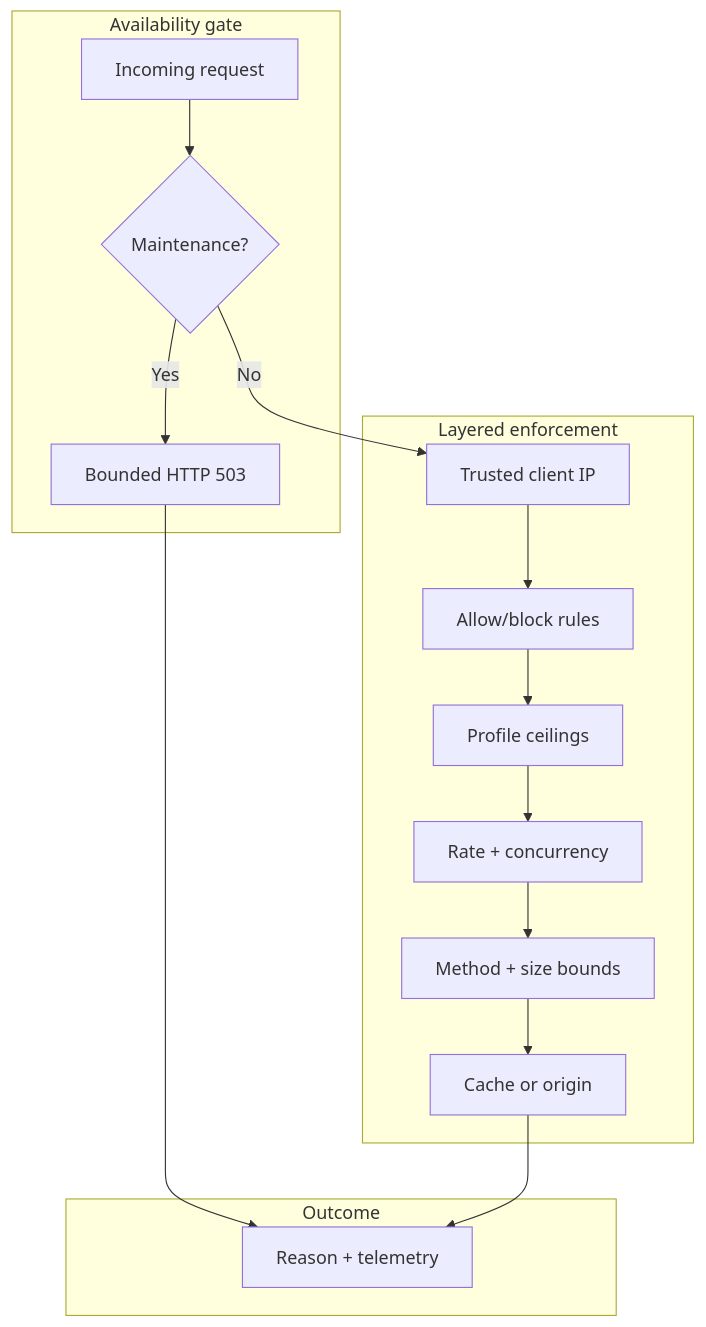
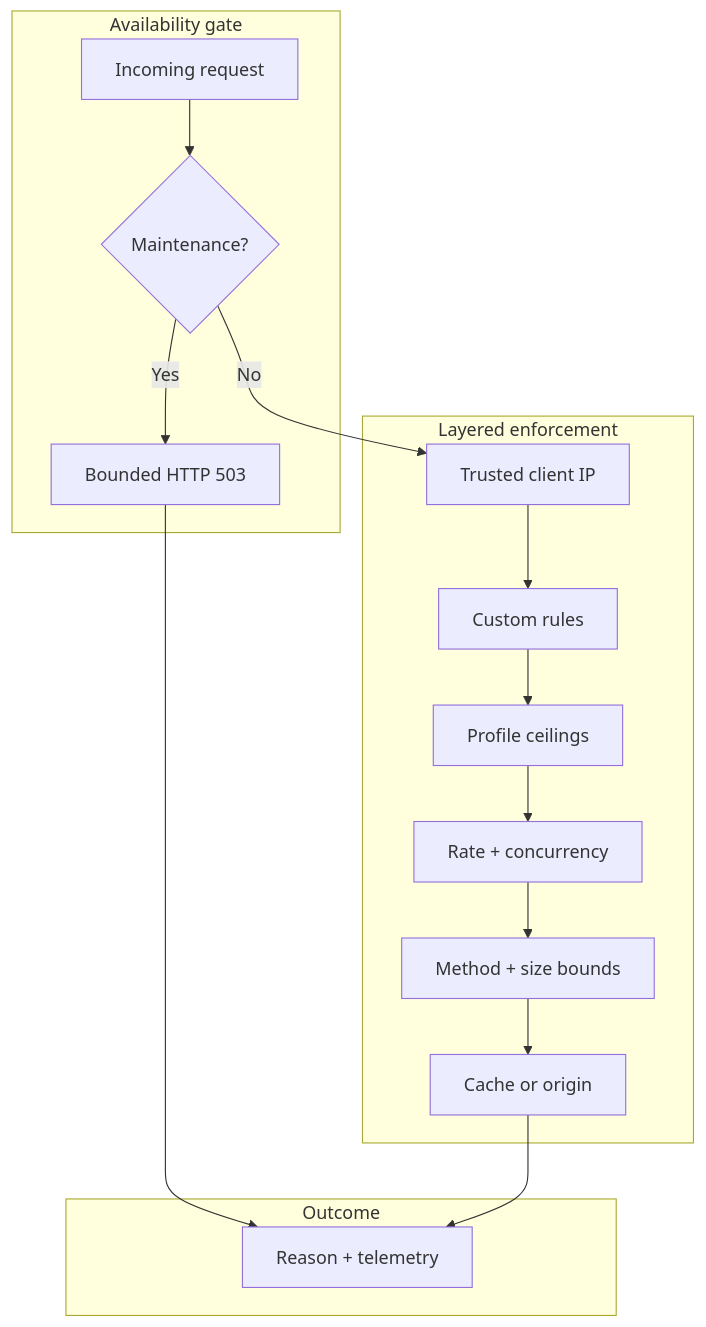
One commit to vaheed/CDNFoundry changed the diagram in docs/guides/security.md. Above: the diagram before and after it, drawn with Mermaid. The commit also changed other lines of this file and 1 other file, not shown here.

Commit message:
docs: describe typed custom rules, fields, actions, and limits

````diff
--- a/docs/guides/security.md
+++ b/docs/guides/security.md
@@ -17,16 +17,16 @@
 ```mermaid
 flowchart TD
     subgraph Gate["Availability gate"]
       Request["Incoming request"] --> Maintenance{"Maintenance?"}
       Maintenance -- Yes --> Response["Bounded HTTP 503"]
     end
     subgraph Enforce["Layered enforcement"]
-      Maintenance -- No --> Client["Trusted client IP"] --> Rules["Allow/block rules"]
+      Maintenance -- No --> Client["Trusted client IP"] --> Rules["Custom rules"]
       Rules --> Profile["Profile ceilings"] --> Limits["Rate + concurrency"]
       Limits --> Method["Method + size bounds"] --> Serve["Cache or origin"]
     end
     subgraph Observe["Outcome"]
       Response --> Event["Reason + telemetry"]
       Serve --> Event
     end
 ```
````
